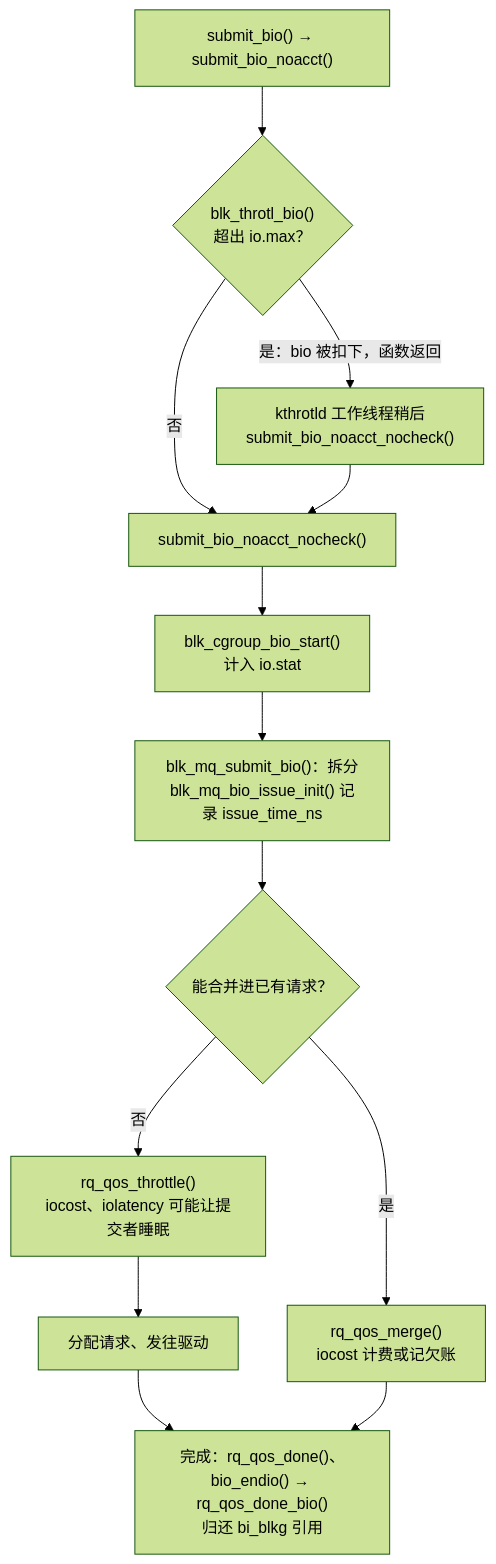
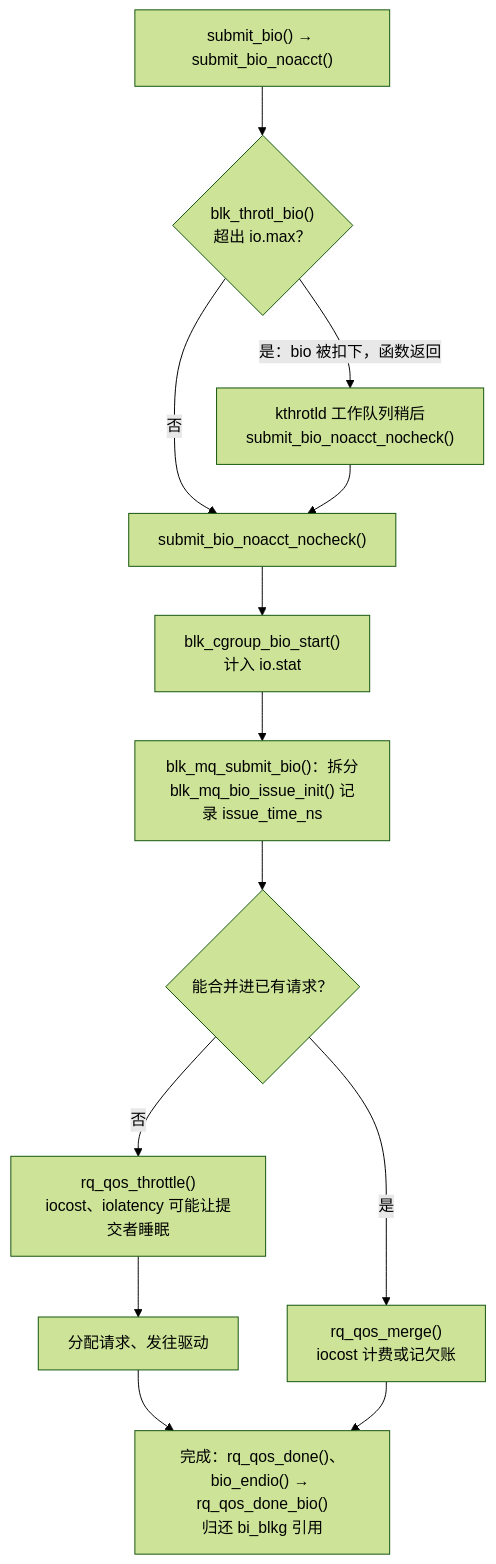
One commit to linuxperf/linux-study changed the third of 5 diagrams in book/cgroup2/io.md. Above: the diagram before and after it, drawn with Mermaid (forest theme). The commit also changed other lines of this file and 5 other files, not shown here.

````diff
--- a/book/cgroup2/io.md
+++ b/book/cgroup2/io.md
@@ -412,15 +412,15 @@
 ```mermaid
 flowchart TB
     A["submit_bio() → submit_bio_noacct()"] --> B{"blk_throtl_bio()<br/>超出 io.max？"}
-    B -->|"是：bio 被扣下，函数返回"| K["kthrotld 工作线程稍后<br/>submit_bio_noacct_nocheck()"]
+    B -->|"是：bio 被扣下，函数返回"| K["kthrotld 工作队列稍后<br/>submit_bio_noacct_nocheck()"]
     B -->|"否"| C["submit_bio_noacct_nocheck()"]
     K --> C
     C --> D["blk_cgroup_bio_start()<br/>计入 io.stat"]
     D --> E["blk_mq_submit_bio()：拆分<br/>blk_mq_bio_issue_init() 记录 issue_time_ns"]
     E --> F{"能合并进已有请求？"}
     F -->|"是"| G["rq_qos_merge()<br/>iocost 计费或记欠账"]
     F -->|"否"| H["rq_qos_throttle()<br/>iocost、iolatency 可能让提交者睡眠"]
     H --> I["分配请求、发往驱动"]
     I --> J["完成：rq_qos_done()、bio_endio() → rq_qos_done_bio()<br/>归还 bi_blkg 引用"]
     G --> J
 ```
````
